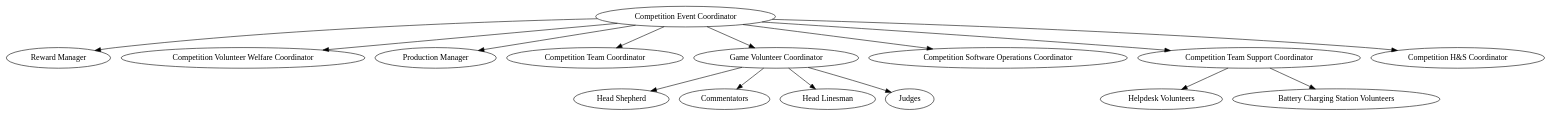
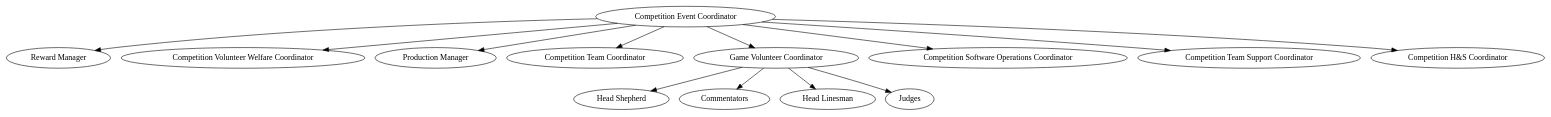
The diagram in org-chart/comp-event.dot (Adimote/legacy-ops-manual), drawn with Graphviz before and after one commit. The commit also changed 1 other file, not shown here.

Commit message:
Remove subordinates of Comp Team Support Coord
The Comp Team Support Coord is responsible for ensuring that teams are
supported. How this is done is up to them. At least two of the
requirements will be to ensure there is a helpdesk and battery charging
but we don't need explicit roles for these. See #45.

```diff
--- a/org-chart/comp-event.dot
+++ b/org-chart/comp-event.dot
@@ -1,35 +1,29 @@
 digraph {
 	# Competition Coordinator Subordinates
 	comp_event_coord [label="Competition Event Coordinator" email="competition-event@studentrobotics.org"];
 
 	# Competition Event Coordinator Subordinates
 	reward_manager[label="Reward Manager" contactsexclude=true];
 	comp_volunteer_welfare[label="Competition Volunteer Welfare Coordinator" email="competition-welfare@studentrobotics.org"];
 	prod_manager[label="Production Manager" email="production-manager@studentrobotics.org"];
 	comp_team_coord[label="Competition Team Coordinator" email="competition-teams@studentrobotics.org"];
 	comp_game_vol_coord[label="Game Volunteer Coordinator" email="game-volunteers@studentrobotics.org"];
 	comp_sw_ops_coord[label="Competition Software Operations Coordinator" email="competition-software-ops@studentrobotics.org"];
 	comp_team_support_coord[label="Competition Team Support Coordinator" email="competition-team-support@studentrobotics.org"];
 	comp_hs_coord[label="Competition H&S Coordinator" email="competition-health-and-safety@studentrobotics.org"];
 
-	# Competition Team Support Coordinator Subordinates
-	helpdesk_vol[label="Helpdesk Volunteers" contactsexclude=true];
-	battery_charging_vol[label="Battery Charging Station Volunteers" contactsexclude=true];
-
 	# Game Volunteer Coordinator Subordinates
 	head_shepherd[label="Head Shepherd" email="shepherding@studentrobotics.org"];
 	commentators[label="Commentators" email="commentators@studentrobotics.org"];
 	head_linesman[label="Head Linesman" email="linesmen@studentrobotics.org"];
 	judges[label="Judges" email="judge@studentrobotics.org"];
 
 	###### Connections between nodes
 	comp_event_coord -> { reward_manager comp_volunteer_welfare
 	            prod_manager comp_team_coord comp_game_vol_coord
 		comp_sw_ops_coord comp_hs_coord
 		comp_team_support_coord
 		};
 
-	comp_team_support_coord -> { helpdesk_vol battery_charging_vol };
-
 	comp_game_vol_coord -> { head_shepherd commentators head_linesman judges };
 }
```
